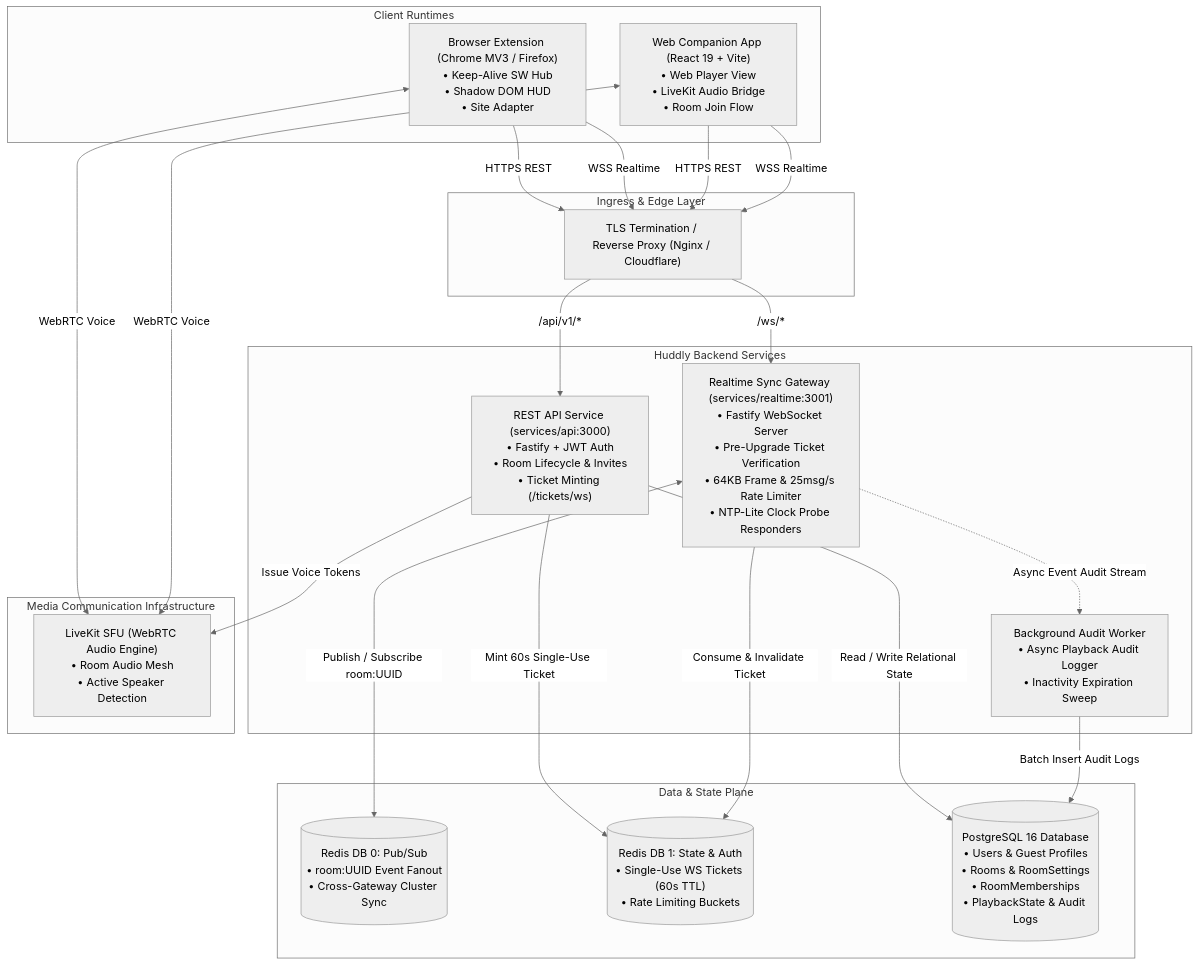
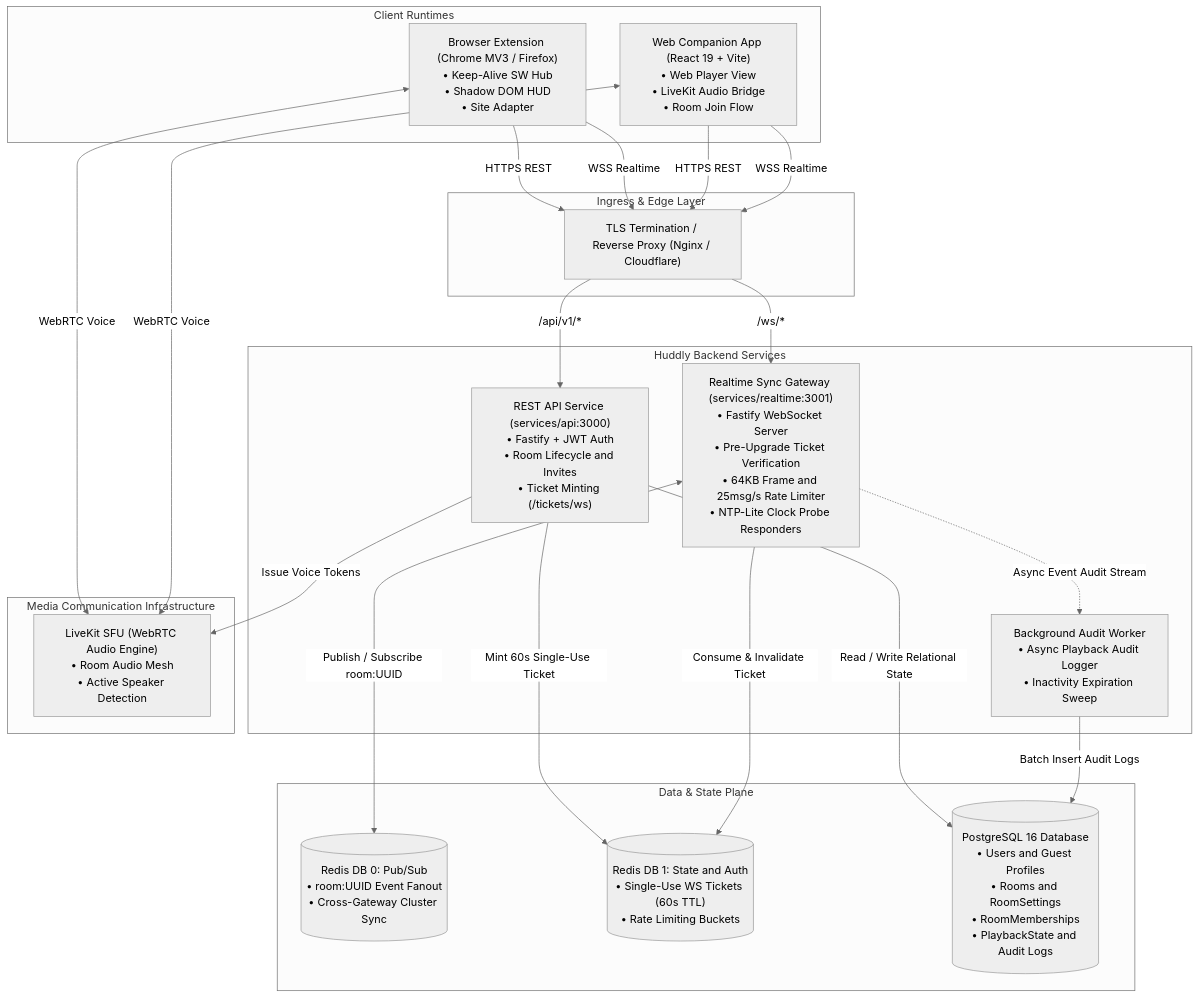
Before and after one commit to Bhargava-Ram-Thunga/Binge-Room: the second of 5 diagrams in ARCHITECTURE.md, drawn with Mermaid (neutral theme). The commit also changed other lines of this file, not shown here.

Commit message:
docs(architecture): fix Mermaid diagram syntax and HTML entity parsing (#105)

````diff
--- a/ARCHITECTURE.md
+++ b/ARCHITECTURE.md
@@ -83,48 +83,48 @@
 ```mermaid
 graph TB
     subgraph Clients["Client Runtimes"]
-        EXT["Browser Extension (Chrome MV3 / Firefox)<br>• Keep-Alive SW Hub<br>• Shadow DOM HUD<br>• Site Adapter"]
-        WEB["Web Companion App (React 19 + Vite)<br>• Web Player View<br>• LiveKit Audio Bridge<br>• Room Join Flow"]
+        EXT["Browser Extension (Chrome MV3 / Firefox)<br/>• Keep-Alive SW Hub<br/>• Shadow DOM HUD<br/>• Site Adapter"]
+        WEB["Web Companion App (React 19 + Vite)<br/>• Web Player View<br/>• LiveKit Audio Bridge<br/>• Room Join Flow"]
     end
 
     subgraph Edge["Ingress & Edge Layer"]
         LB["TLS Termination / Reverse Proxy (Nginx / Cloudflare)"]
     end
 
     subgraph Backend["Huddly Backend Services"]
-        API["REST API Service (services/api:3000)<br>• Fastify + JWT Auth<br>• Room Lifecycle & Invites<br>• Ticket Minting (/tickets/ws)"]
-        RT["Realtime Sync Gateway (services/realtime:3001)<br>• Fastify WebSocket Server<br>• Pre-Upgrade Ticket Verification<br>• 64KB Frame & 25msg/s Rate Limiter<br>• NTP-Lite Clock Probe Responders"]
-        WORKER["Background Audit Worker<br>• Async Playback Audit Logger<br>• Inactivity Expiration Sweep"]
+        API["REST API Service (services/api:3000)<br/>• Fastify + JWT Auth<br/>• Room Lifecycle and Invites<br/>• Ticket Minting (/tickets/ws)"]
+        RT["Realtime Sync Gateway (services/realtime:3001)<br/>• Fastify WebSocket Server<br/>• Pre-Upgrade Ticket Verification<br/>• 64KB Frame and 25msg/s Rate Limiter<br/>• NTP-Lite Clock Probe Responders"]
+        WORKER["Background Audit Worker<br/>• Async Playback Audit Logger<br/>• Inactivity Expiration Sweep"]
     end
 
     subgraph MediaSFU["Media Communication Infrastructure"]
-        LIVEKIT["LiveKit SFU (WebRTC Audio Engine)<br>• Room Audio Mesh<br>• Active Speaker Detection"]
+        LIVEKIT["LiveKit SFU (WebRTC Audio Engine)<br/>• Room Audio Mesh<br/>• Active Speaker Detection"]
     end
 
     subgraph DataPlane["Data & State Plane"]
-        REDIS_PUBSUB[("Redis DB 0: Pub/Sub<br>• room:UUID Event Fanout<br>• Cross-Gateway Cluster Sync")]
-        REDIS_STATE[("Redis DB 1: State & Auth<br>• Single-Use WS Tickets (60s TTL)<br>• Rate Limiting Buckets")]
-        POSTGRES[("PostgreSQL 16 Database<br>• Users & Guest Profiles<br>• Rooms & RoomSettings<br>• RoomMemberships<br>• PlaybackState & Audit Logs")]
+        REDIS_PUBSUB[("Redis DB 0: Pub/Sub<br/>• room:UUID Event Fanout<br/>• Cross-Gateway Cluster Sync")]
+        REDIS_STATE[("Redis DB 1: State and Auth<br/>• Single-Use WS Tickets (60s TTL)<br/>• Rate Limiting Buckets")]
+        POSTGRES[("PostgreSQL 16 Database<br/>• Users and Guest Profiles<br/>• Rooms and RoomSettings<br/>• RoomMemberships<br/>• PlaybackState and Audit Logs")]
     end
 
     EXT -->|HTTPS REST| LB
     EXT -->|WSS Realtime| LB
     EXT <-->|WebRTC Voice| LIVEKIT
 
     WEB -->|HTTPS REST| LB
     WEB -->|WSS Realtime| LB
     WEB <-->|WebRTC Voice| LIVEKIT
 
     LB -->|/api/v1/*| API
     LB -->|/ws/*| RT
 
     API -->|Mint 60s Single-Use Ticket| REDIS_STATE
     API -->|Read / Write Relational State| POSTGRES
     API -->|Issue Voice Tokens| LIVEKIT
 
     RT -->|Consume & Invalidate Ticket| REDIS_STATE
     RT <-->|Publish / Subscribe room:UUID| REDIS_PUBSUB
     RT -.->|Async Event Audit Stream| WORKER
 
     WORKER -->|Batch Insert Audit Logs| POSTGRES
 ```
````
